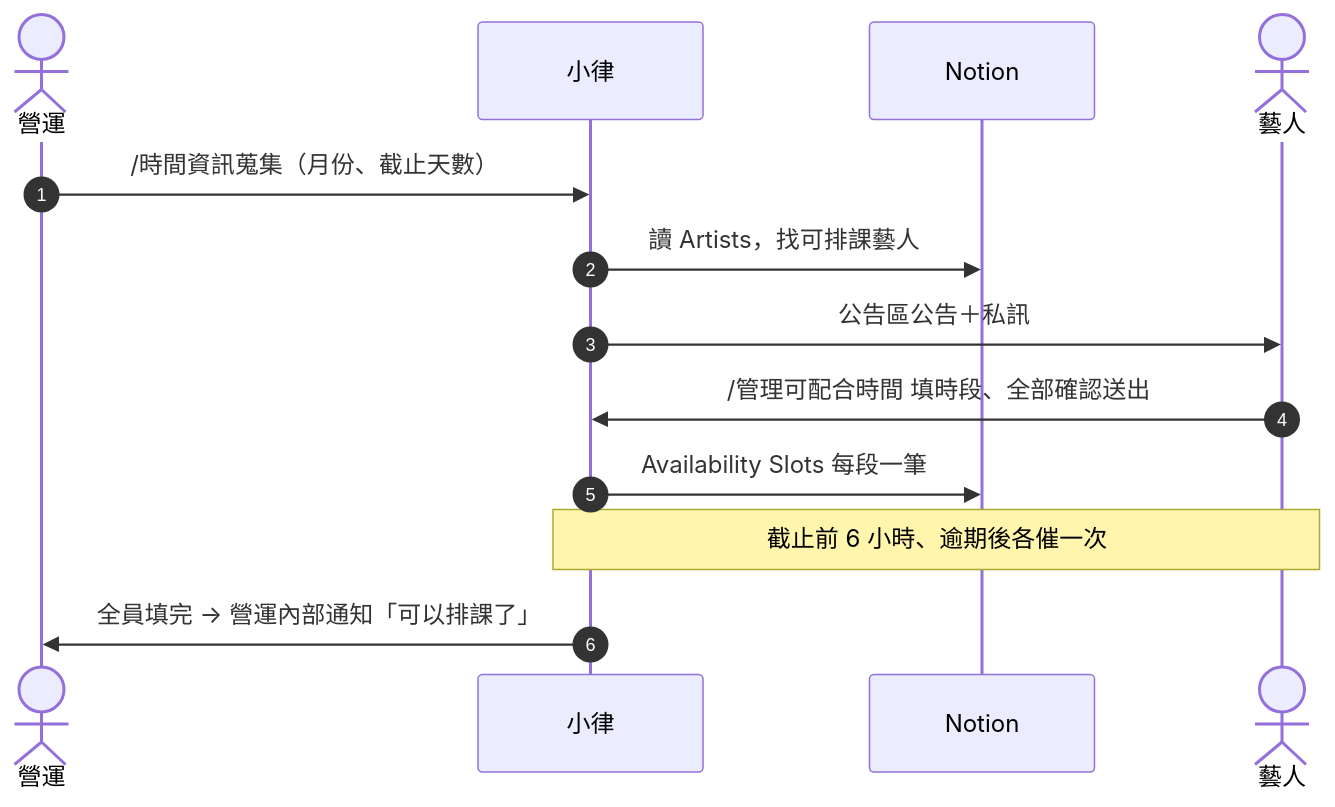
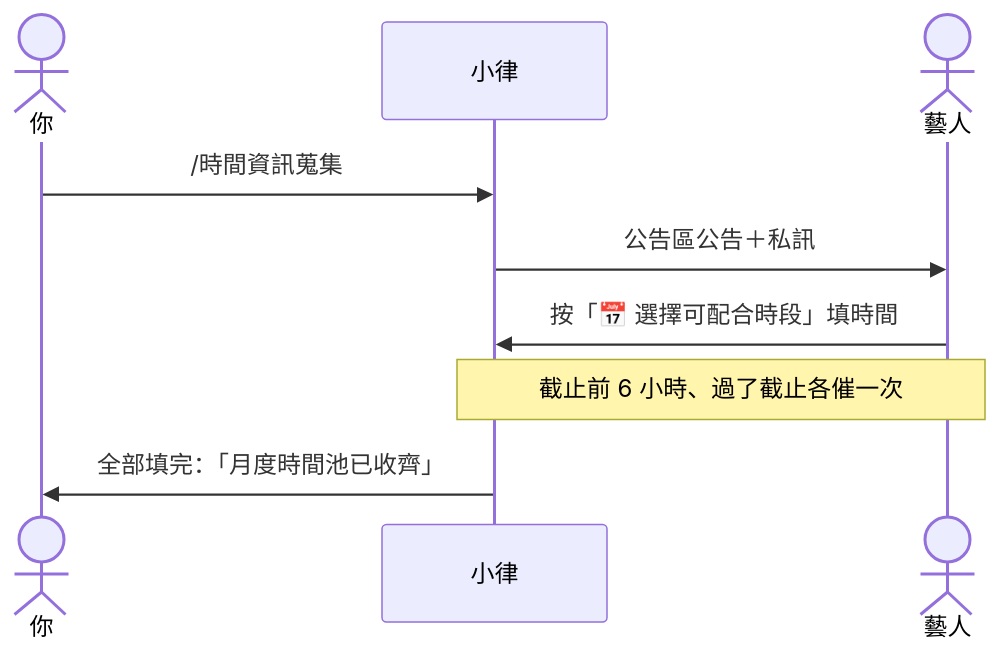
The third of 8 diagrams in docs/sop/ADMIN_SOP.md (johnnysun0621/kari-kari-ai-ops), drawn with Mermaid before and after one commit. The commit also changed other lines of this file and 85 other files, not shown here.

````diff
--- a/docs/sop/ADMIN_SOP.md
+++ b/docs/sop/ADMIN_SOP.md
@@ -163,15 +211,11 @@
 ```mermaid
 sequenceDiagram
-  autonumber
-  actor 營運
+  actor 你
   participant 小律
-  participant N as Notion
   actor 藝人
-  營運->>小律: /時間資訊蒐集（月份、截止天數）
-  小律->>N: 讀 Artists，找可排課藝人
+  你->>小律: /時間資訊蒐集
   小律->>藝人: 公告區公告＋私訊
-  藝人->>小律: /管理可配合時間 填時段、全部確認送出
-  小律->>N: Availability Slots 每段一筆
-  Note over 小律,藝人: 截止前 6 小時、逾期後各催一次
-  小律->>營運: 全員填完 → 營運內部通知「可以排課了」
+  藝人->>小律: 按「📅 選擇可配合時段」填時間
+  Note over 小律,藝人: 截止前 6 小時、過了截止各催一次
+  小律->>你: 全部填完：「月度時間池已收齊」
 ```
````
